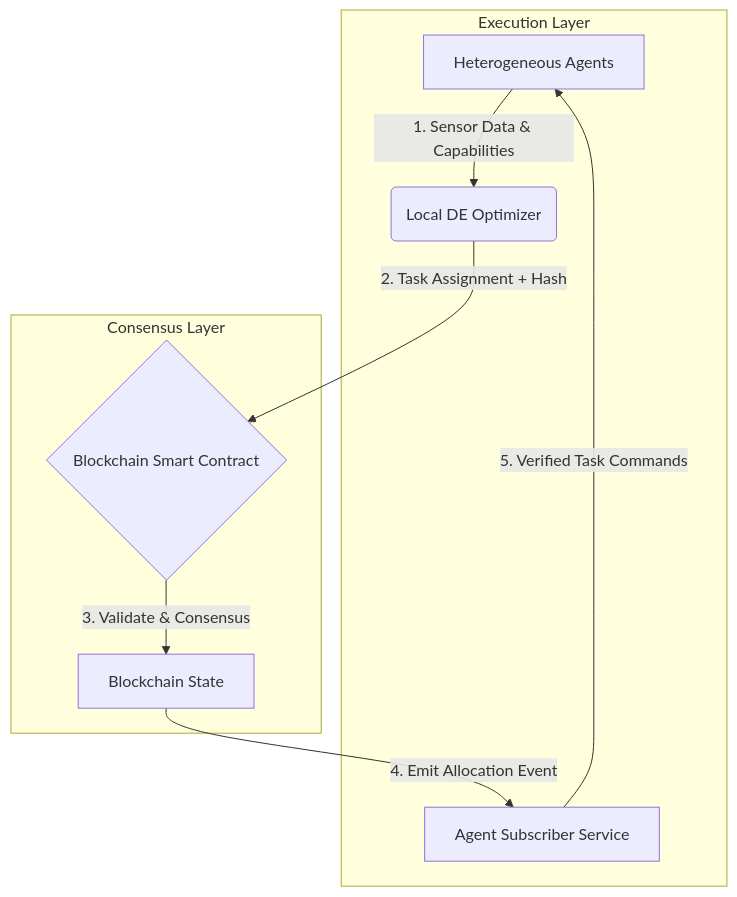
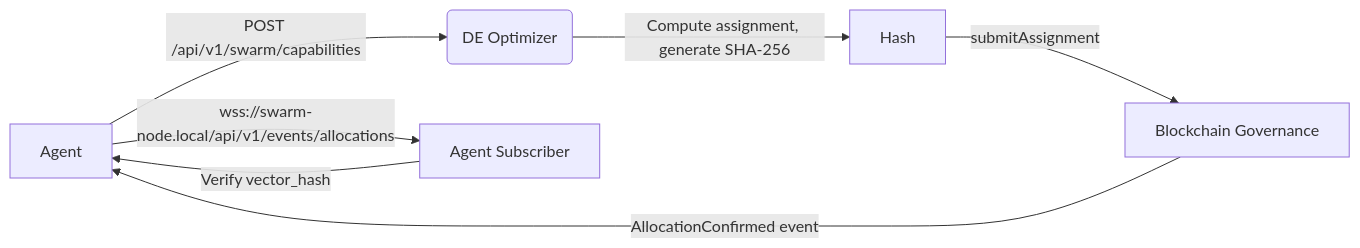
Before and after one commit to shawnhvac/agentworld-prior-art: the diagram in inventions/inv_decentralized_blockchain_integrated_swarm_task_r_7ea38.md, drawn with Mermaid. The commit also changed other lines of this file and 130 other files, not shown here.

````diff
--- a/inventions/inv_decentralized_blockchain_integrated_swarm_task_r_7ea38.md
+++ b/inventions/inv_decentralized_blockchain_integrated_swarm_task_r_7ea38.md
@@ -47,17 +47,3 @@
 ```mermaid
-graph TD
-    A[Heterogeneous Agents] -->|1. Sensor Data & Capabilities| B(Local DE Optimizer)
-    B -->|2. Task Assignment + Hash| C{Blockchain Smart Contract}
-    C -->|3. Validate & Consensus| D[Blockchain State]
-    D -->|4. Emit Allocation Event| E[Agent Subscriber Service]
-    E -->|5. Verified Task Commands| A
-    subgraph Consensus Layer
-    C
-    D
-    end
-    subgraph Execution Layer
-    A
-    B
-    E
-    end
+graph LR; A[Agent] -->|POST /api/v1/swarm/capabilities| B(DE Optimizer); B -->|Compute assignment, generate SHA-256| C[Hash]; C -->|submitAssignment| D[Blockchain Governance]; D -->|AllocationConfirmed event| A; A -->|wss://swarm-node.local/api/v1/events/allocations| E[Agent Subscriber]; E -->|Verify vector_hash| A
 ```
````
